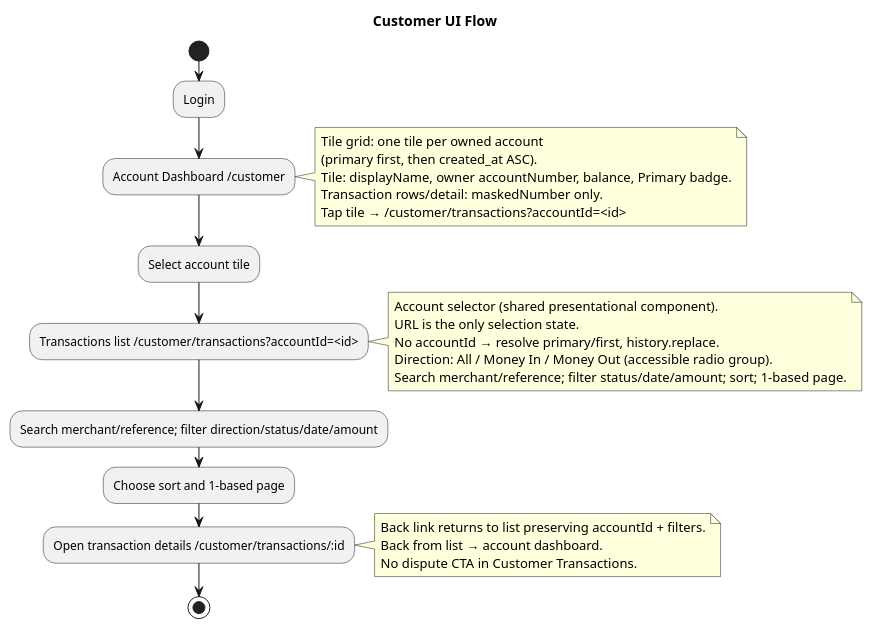
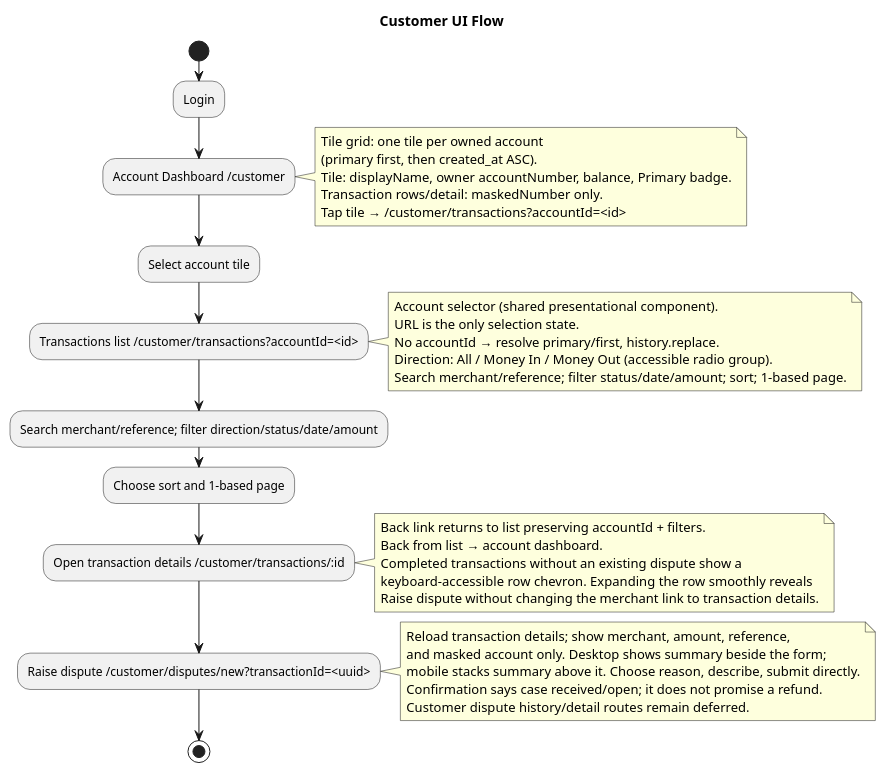
Before and after one commit to DonaldMbara/transaction-dispute-portal: the diagram in docs/design/plantuml/customer-ui-flow.puml, drawn with PlantUML. The commit also changed 50 other files, not shown here.

Commit message:
feat(dispute): add transaction dispute for customer

```diff
--- a/docs/design/plantuml/customer-ui-flow.puml
+++ b/docs/design/plantuml/customer-ui-flow.puml
@@ -1,31 +1,41 @@
 @startuml
 title Customer UI Flow
 start
 :Login;
 :Account Dashboard /customer;
 note right
   Tile grid: one tile per owned account
   (primary first, then created_at ASC).
   Tile: displayName, owner accountNumber, balance, Primary badge.
   Transaction rows/detail: maskedNumber only.
   Tap tile → /customer/transactions?accountId=<id>
 end note
 :Select account tile;
 :Transactions list /customer/transactions?accountId=<id>;
 note right
   Account selector (shared presentational component).
   URL is the only selection state.
   No accountId → resolve primary/first, history.replace.
   Direction: All / Money In / Money Out (accessible radio group).
   Search merchant/reference; filter status/date/amount; sort; 1-based page.
 end note
 :Search merchant/reference; filter direction/status/date/amount;
 :Choose sort and 1-based page;
 :Open transaction details /customer/transactions/:id;
 note right
   Back link returns to list preserving accountId + filters.
   Back from list → account dashboard.
-  No dispute CTA in Customer Transactions.
+  Completed transactions without an existing dispute show a
+  keyboard-accessible row chevron. Expanding the row smoothly reveals
+  Raise dispute without changing the merchant link to transaction details.
+end note
+:Raise dispute /customer/disputes/new?transactionId=<uuid>;
+note right
+  Reload transaction details; show merchant, amount, reference,
+  and masked account only. Desktop shows summary beside the form;
+  mobile stacks summary above it. Choose reason, describe, submit directly.
+  Confirmation says case received/open; it does not promise a refund.
+  Customer dispute history/detail routes remain deferred.
 end note
 stop
 @enduml
```
